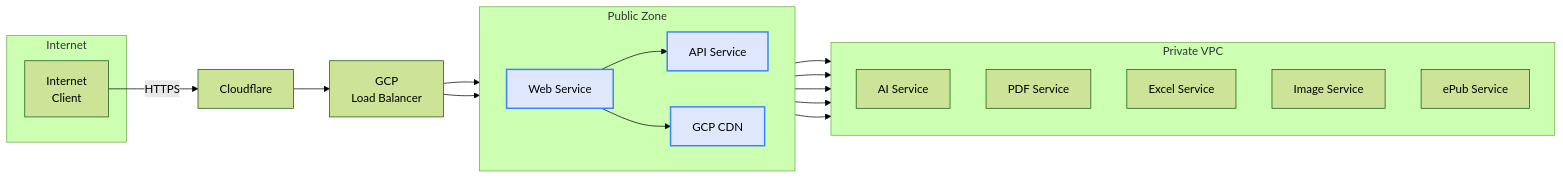
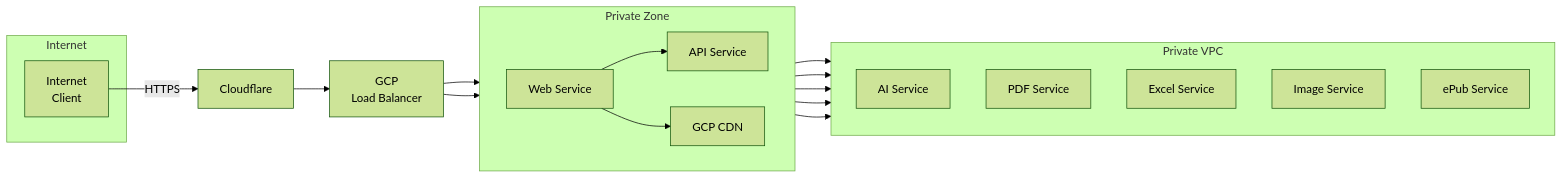
One commit to AlexandruGirlea/doodleops-public changed the first of 4 diagrams in ReadMe.md. Above: the diagram before and after it, drawn with Mermaid (forest theme). The commit also changed other lines of this file and 6 other files, not shown here.

Commit message:
docs: update mermaid diagrams & ChangeLog Dates

````diff
--- a/ReadMe.md
+++ b/ReadMe.md
@@ -47,38 +47,25 @@
 ```mermaid
 flowchart LR
-    subgraph Internet
-        A[Internet<br/>Client]
-    end
-
-    A -->|HTTPS| B[Cloudflare]
-    B --> C[GCP<br/>Load&nbsp;Balancer]
-
-    subgraph DMZ["Public&nbsp;Zone"]
-        direction LR
-        D[Web&nbsp;Service]:::public
-        E[API&nbsp;Service]:::public
-        F[GCP&nbsp;CDN]:::public
-        D --> E
-        D --> F
-    end
-
-    C --> D
-    C --> E
-
-    subgraph VPC["Private&nbsp;VPC"]
-        direction TB
-        G[AI&nbsp;Service]
-        H[PDF&nbsp;Service]
-        I[Excel&nbsp;Service]
-        J[Image&nbsp;Service]
-        K[ePub&nbsp;Service]
-    end
-
-    E --> G
-    E --> H
-    E --> I
-    E --> J
-    E --> K
-
-    classDef public fill:#dfe7fd,stroke:#3b82f6,stroke-width:2px;
+ subgraph Internet["Internet"]
+        A["Internet<br>Client"]
+  end
+ subgraph DMZ["Private&nbsp;Zone"]
+    direction LR
+        D["Web&nbsp;Service"]
+        E["API&nbsp;Service"]
+        F["GCP&nbsp;CDN"]
+  end
+ subgraph VPC["Private&nbsp;VPC"]
+    direction TB
+        G["AI&nbsp;Service"]
+        H["PDF&nbsp;Service"]
+        I["Excel&nbsp;Service"]
+        J["Image&nbsp;Service"]
+        K["ePub&nbsp;Service"]
+  end
+    A -- HTTPS --> B["Cloudflare"]
+    B --> C["GCP<br>Load&nbsp;Balancer"]
+    D --> E & F
+    C --> D & E
+    E --> G & H & I & J & K
 ```
````
